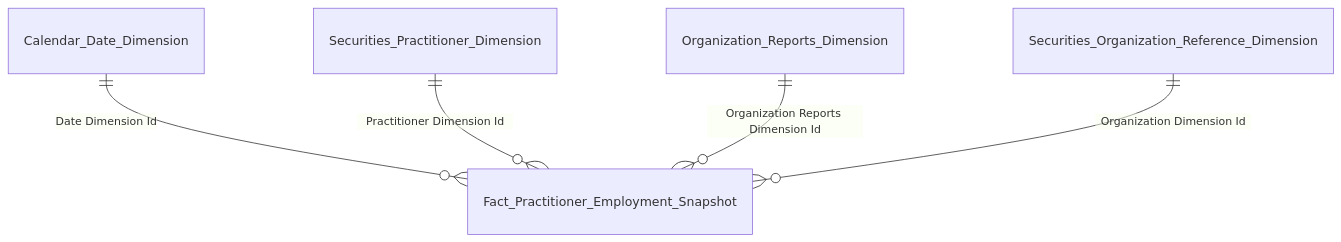
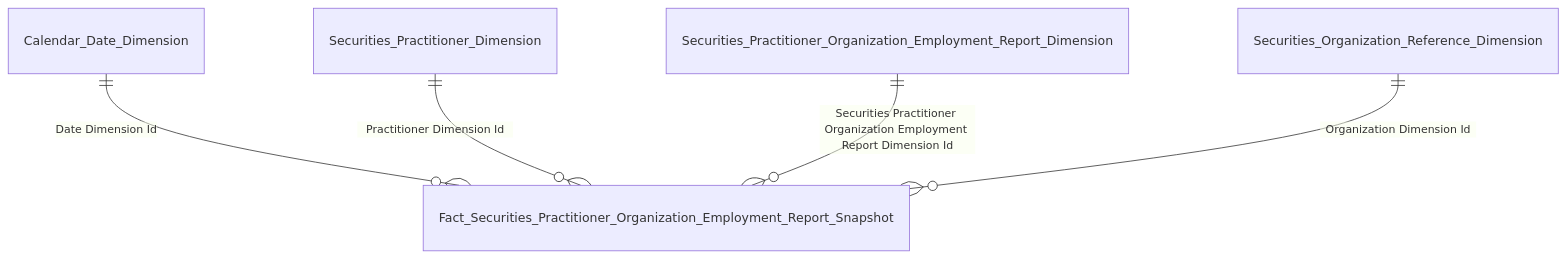
Diagram 15 of 21 in Gold/hld/GOLD_NHNCK_HLD.md (linhlvit/ubck_atomic_design), drawn with Mermaid before and after one commit. The commit also changed other lines of this file and 9 other files, not shown here.

````diff
--- a/Gold/hld/GOLD_NHNCK_HLD.md
+++ b/Gold/hld/GOLD_NHNCK_HLD.md
@@ -468,7 +468,7 @@
 ```mermaid
 erDiagram
-    Calendar_Date_Dimension ||--o{ Fact_Practitioner_Employment_Snapshot : "Date Dimension Id"
-    Securities_Practitioner_Dimension ||--o{ Fact_Practitioner_Employment_Snapshot : "Practitioner Dimension Id"
-    Organization_Reports_Dimension ||--o{ Fact_Practitioner_Employment_Snapshot : "Organization Reports Dimension Id"
-    Securities_Organization_Reference_Dimension ||--o{ Fact_Practitioner_Employment_Snapshot : "Organization Dimension Id"
+    Calendar_Date_Dimension ||--o{ Fact_Securities_Practitioner_Organization_Employment_Report_Snapshot : "Date Dimension Id"
+    Securities_Practitioner_Dimension ||--o{ Fact_Securities_Practitioner_Organization_Employment_Report_Snapshot : "Practitioner Dimension Id"
+    Securities_Practitioner_Organization_Employment_Report_Dimension ||--o{ Fact_Securities_Practitioner_Organization_Employment_Report_Snapshot : "Securities Practitioner Organization Employment Report Dimension Id"
+    Securities_Organization_Reference_Dimension ||--o{ Fact_Securities_Practitioner_Organization_Employment_Report_Snapshot : "Organization Dimension Id"
 ```
````
